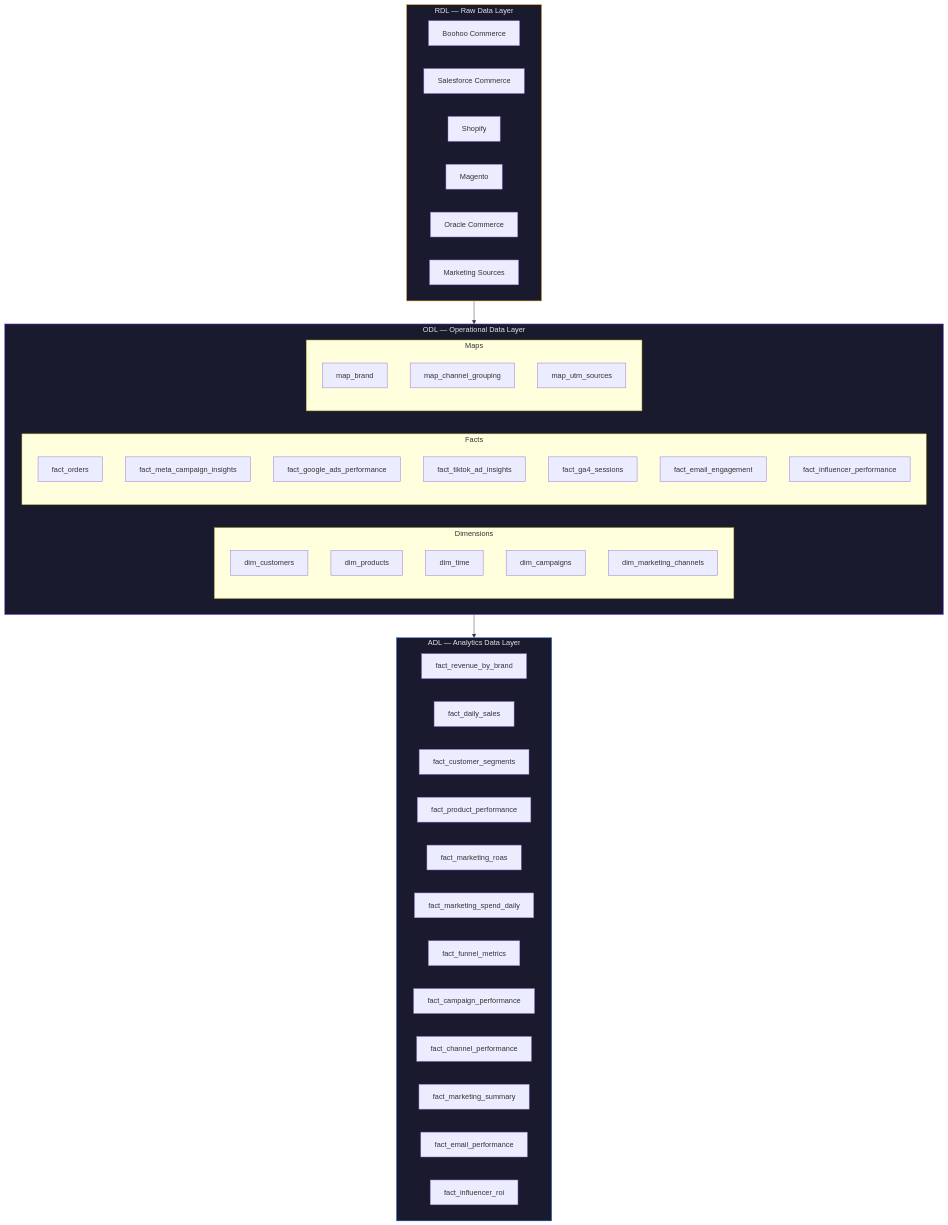
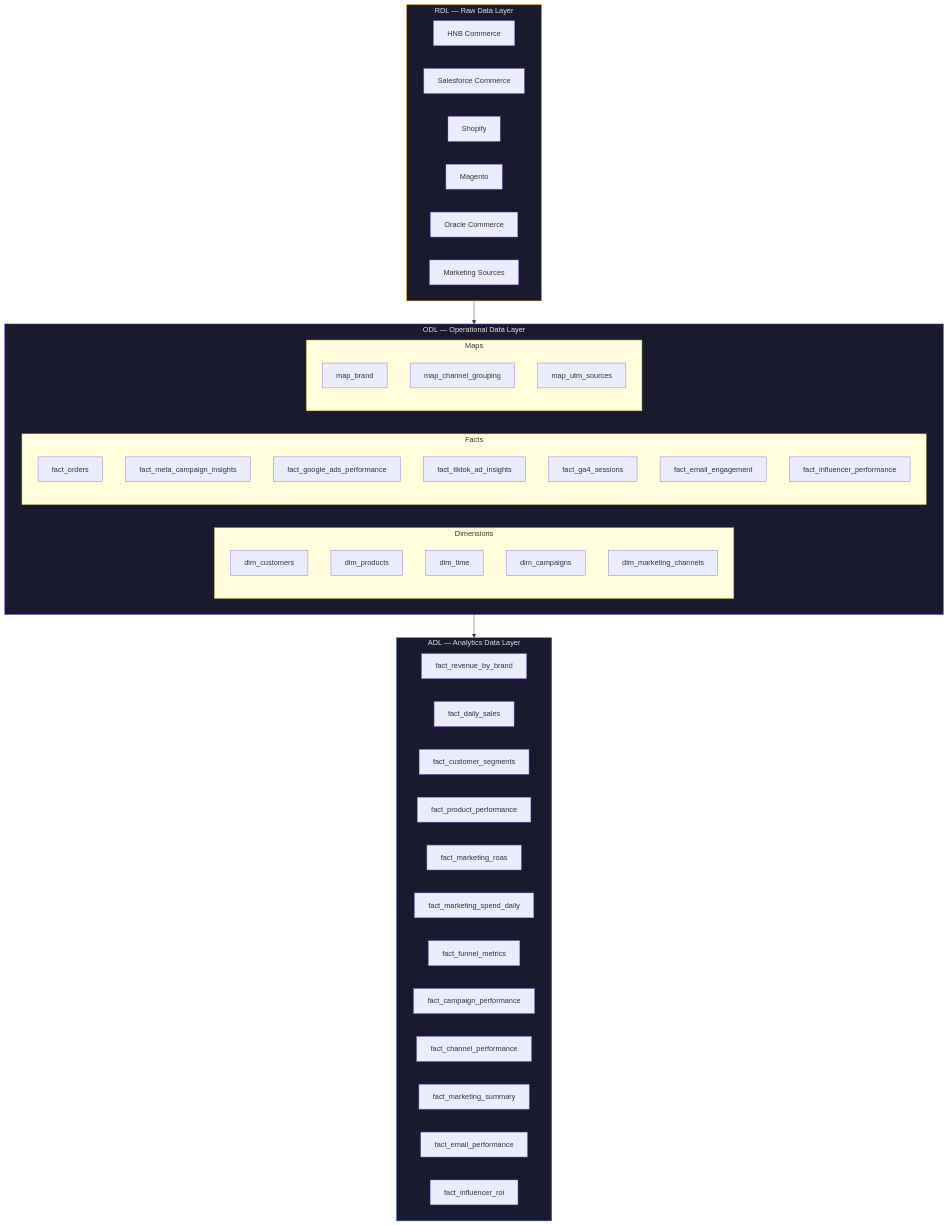
One commit to TimiOlayinka/boohoo-data-pipeline changed the second of 4 diagrams in README.md. Above: the diagram before and after it, drawn with Mermaid. The commit also changed other lines of this file and 604 other files, not shown here.

````diff
--- a/README.md
+++ b/README.md
@@ -168,60 +168,60 @@
 ```mermaid
 flowchart TB
     subgraph RDL["RDL — Raw Data Layer"]
         direction LR
-        R1["Boohoo Commerce"]
+        R1["HNB Commerce"]
         R2["Salesforce Commerce"]
         R3["Shopify"]
         R4["Magento"]
         R5["Oracle Commerce"]
         R6["Marketing Sources"]
     end
 
     subgraph ODL["ODL — Operational Data Layer"]
         direction LR
         subgraph DIMS["Dimensions"]
             D1["dim_customers"]
             D2["dim_products"]
             D3["dim_time"]
             D4["dim_campaigns"]
             D5["dim_marketing_channels"]
         end
         subgraph FACTS["Facts"]
             F1["fact_orders"]
             F2["fact_meta_campaign_insights"]
             F3["fact_google_ads_performance"]
             F4["fact_tiktok_ad_insights"]
             F5["fact_ga4_sessions"]
             F6["fact_email_engagement"]
             F7["fact_influencer_performance"]
         end
         subgraph MAPS["Maps"]
             M1["map_brand"]
             M2["map_channel_grouping"]
             M3["map_utm_sources"]
         end
     end
 
     subgraph ADL["ADL — Analytics Data Layer"]
         direction LR
         B1["fact_revenue_by_brand"]
         B2["fact_daily_sales"]
         B3["fact_customer_segments"]
         B4["fact_product_performance"]
         B5["fact_marketing_roas"]
         B6["fact_marketing_spend_daily"]
         B7["fact_funnel_metrics"]
         B8["fact_campaign_performance"]
         B9["fact_channel_performance"]
         B10["fact_marketing_summary"]
         B11["fact_email_performance"]
         B12["fact_influencer_roi"]
     end
 
     RDL --> ODL
     ODL --> ADL
 
     style RDL fill:#1a1a2e,color:#e0e0e0,stroke:#FF9900
     style ODL fill:#1a1a2e,color:#e0e0e0,stroke:#8C4FFF
     style ADL fill:#1a1a2e,color:#e0e0e0,stroke:#4285F4
 ```
````
